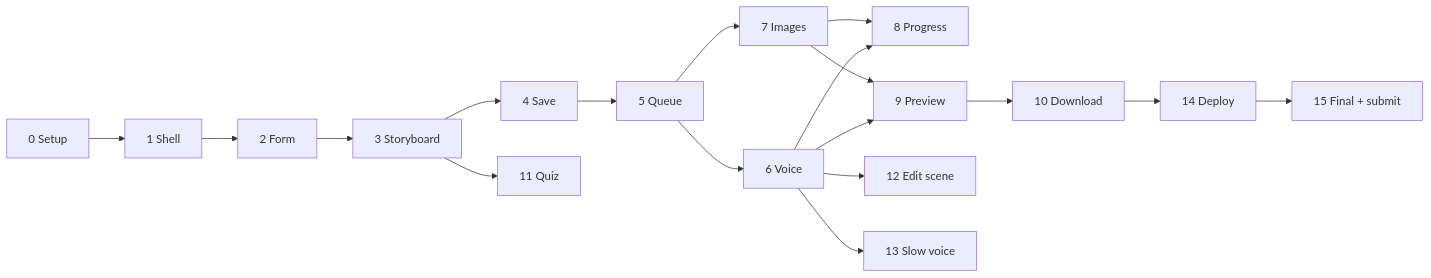
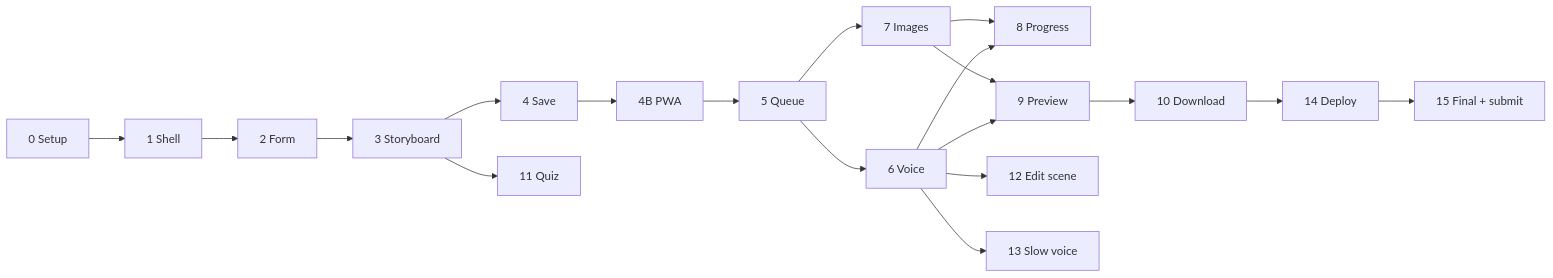
One commit to softalpha0/lessonreel changed the diagram in BUILD_PLAN.md. Above: the diagram before and after it, drawn with Mermaid. The commit also changed other lines of this file and 18 other files, not shown here.

````diff
--- a/BUILD_PLAN.md
+++ b/BUILD_PLAN.md
@@ -45,17 +46,17 @@
 ```mermaid
 flowchart LR
   S0[0 Setup] --> S1[1 Shell] --> S2[2 Form] --> S3[3 Storyboard] --> S4[4 Save]
-  S4 --> S5[5 Queue]
+  S4 --> S4B[4B PWA] --> S5[5 Queue]
   S5 --> S6[6 Voice]
   S5 --> S7[7 Images]
   S6 --> S8[8 Progress]
   S7 --> S8
   S6 --> S9[9 Preview]
   S7 --> S9
   S9 --> S10[10 Download]
   S3 --> S11[11 Quiz]
   S6 --> S12[12 Edit scene]
   S6 --> S13[13 Slow voice]
   S10 --> S14[14 Deploy]
   S14 --> S15[15 Final + submit]
 ```
````
